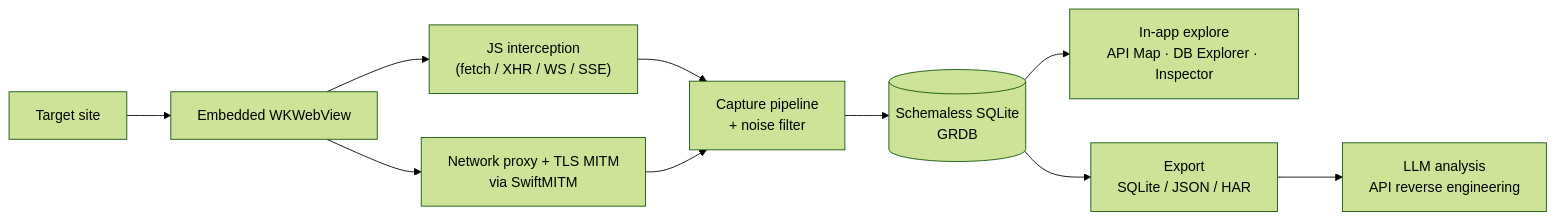
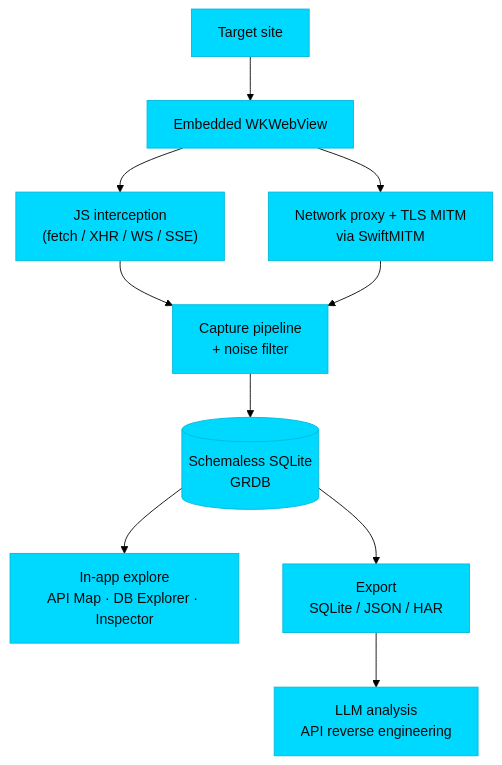
The diagram in README.md (ul0gic/api-ghost), drawn with Mermaid (forest theme) before and after one commit.

Commit message:
Make README diagram vertical with cyan brand boxes [skip ci]

````diff
--- a/README.md
+++ b/README.md
@@ -66,12 +66,14 @@
 ```mermaid
-flowchart LR
+flowchart TB
     T[Target site] --> WV[Embedded WKWebView]
     WV --> JS["JS interception<br/>(fetch / XHR / WS / SSE)"]
     WV --> NP["Network proxy + TLS MITM<br/>via SwiftMITM"]
     JS --> CAP[Capture pipeline<br/>+ noise filter]
     NP --> CAP
     CAP --> DB[(Schemaless SQLite<br/>GRDB)]
-    DB --> UI[In-app explore<br/>API Map · DB Explorer · Inspector]
+    DB --> UI["In-app explore<br/>API Map · DB Explorer · Inspector"]
     DB --> EX[Export<br/>SQLite / JSON / HAR]
     EX --> LLM[LLM analysis<br/>API reverse engineering]
+
+    classDef default fill:#00D9FF,stroke:#00B8D9,color:#0A0A0A,stroke-width:1px;
 ```
````
